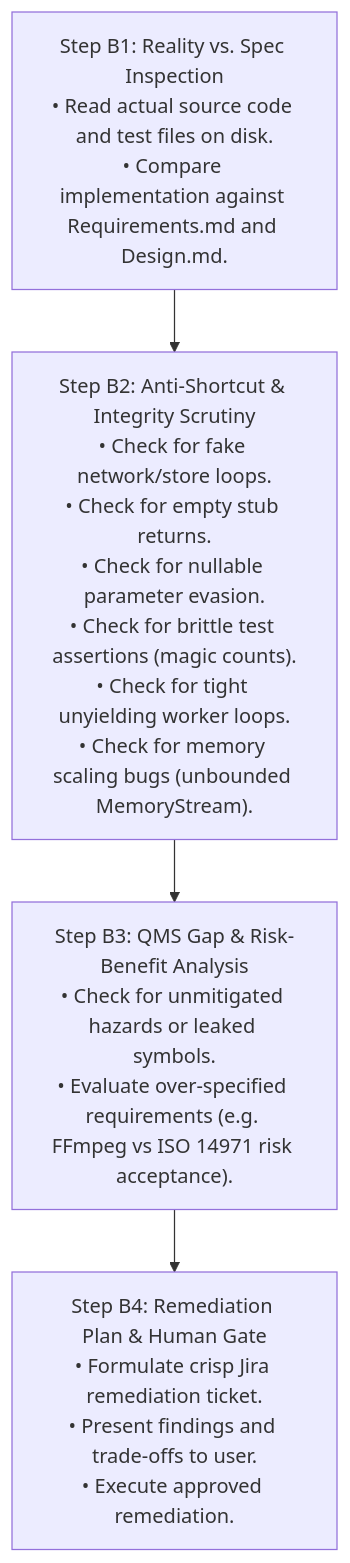
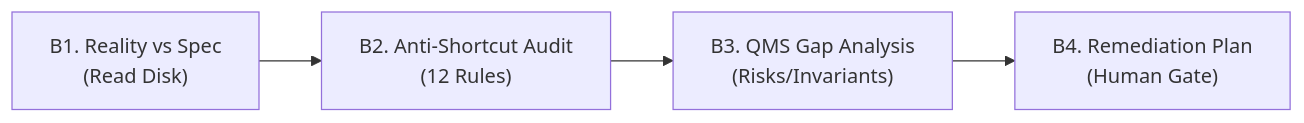
The second of 2 diagrams in source/.gemini/skills/qms-implementation-review-cycle/SKILL.md (zerotwooneone/percolator), drawn with Mermaid before and after one commit. The commit also changed other lines of this file and 3 other files, not shown here.

Commit message:
add anti shortcut discipline skill

````diff
--- a/source/.gemini/skills/qms-implementation-review-cycle/SKILL.md
+++ b/source/.gemini/skills/qms-implementation-review-cycle/SKILL.md
@@ -111,11 +75,6 @@
 ```mermaid
-flowchart TD
-    B1["Step B1: Reality vs. Spec Inspection<br/>• Read actual source code and test files on disk.<br/>• Compare implementation against Requirements.md and Design.md."]
-    B2["Step B2: Anti-Shortcut & Integrity Scrutiny<br/>• Check for fake network/store loops.<br/>• Check for empty stub returns.<br/>• Check for nullable parameter evasion.<br/>• Check for brittle test assertions (magic counts).<br/>• Check for tight unyielding worker loops.<br/>• Check for memory scaling bugs (unbounded MemoryStream)."]
-    B3["Step B3: QMS Gap & Risk-Benefit Analysis<br/>• Check for unmitigated hazards or leaked symbols.<br/>• Evaluate over-specified requirements (e.g. FFmpeg vs ISO 14971 risk acceptance)."]
-    B4["Step B4: Remediation Plan & Human Gate<br/>• Formulate crisp Jira remediation ticket.<br/>• Present findings and trade-offs to user.<br/>• Execute approved remediation."]
-
-    B1 --> B2
-    B2 --> B3
-    B3 --> B4
+flowchart LR
+    B1["B1. Reality vs Spec<br/>(Read Disk)"] --> B2["B2. Anti-Shortcut Audit<br/>(12 Rules)"]
+    B2 --> B3["B3. QMS Gap Analysis<br/>(Risks/Invariants)"]
+    B3 --> B4["B4. Remediation Plan<br/>(Human Gate)"]
 ```
````
